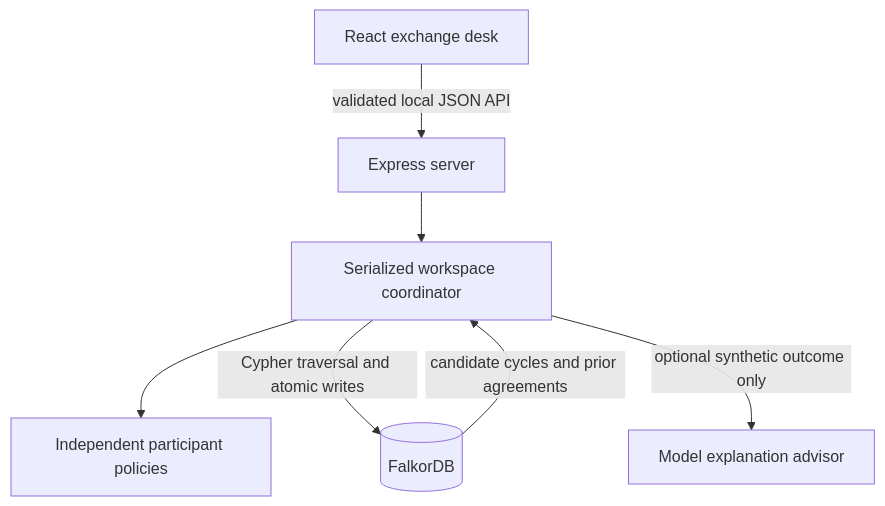
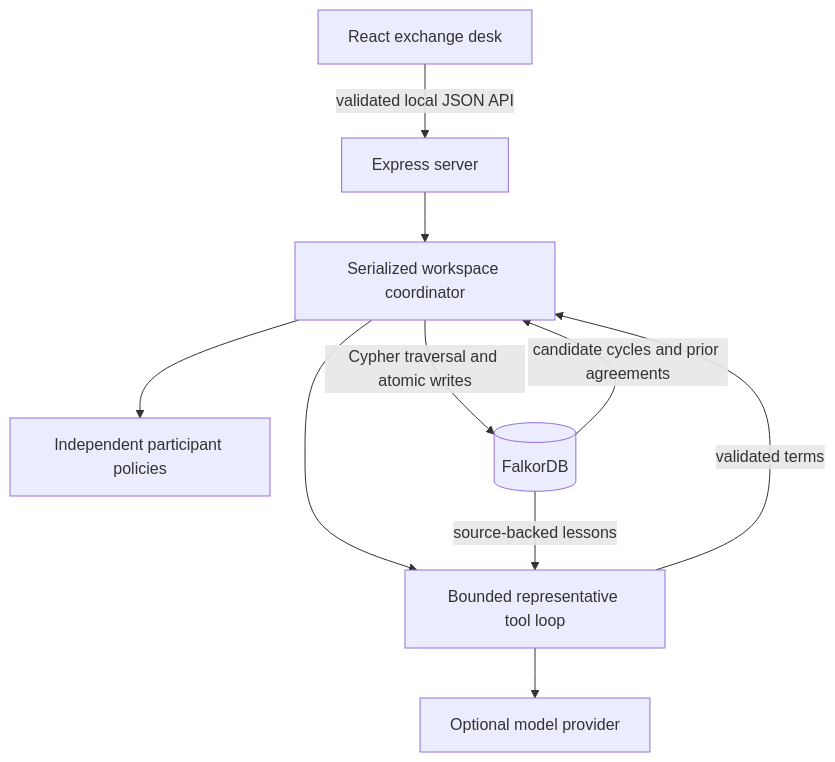
The first of 2 diagrams in docs/ARCHITECTURE.md (MaanavKrishna/deadlock-graphhacks), drawn with Mermaid before and after one commit. The commit also changed other lines of this file and 35 other files, not shown here.

Commit message:
feat: add live Claude negotiation and graph-backed learning

````diff
--- a/docs/ARCHITECTURE.md
+++ b/docs/ARCHITECTURE.md
@@ -5,9 +5,12 @@
 ```mermaid
 flowchart TD
   UI[React exchange desk] -->|validated local JSON API| API[Express server]
   API --> Store[Serialized workspace coordinator]
   Store --> Policies[Independent participant policies]
   Store -->|Cypher traversal and atomic writes| DB[(FalkorDB)]
   DB -->|candidate cycles and prior agreements| Store
-  Store -->|optional synthetic outcome only| Advisor[Model explanation advisor]
+  Store --> Runner[Bounded representative tool loop]
+  Runner --> Model[Optional model provider]
+  DB -->|source-backed lessons| Runner
+  Runner -->|validated terms| Store
 ```
````
